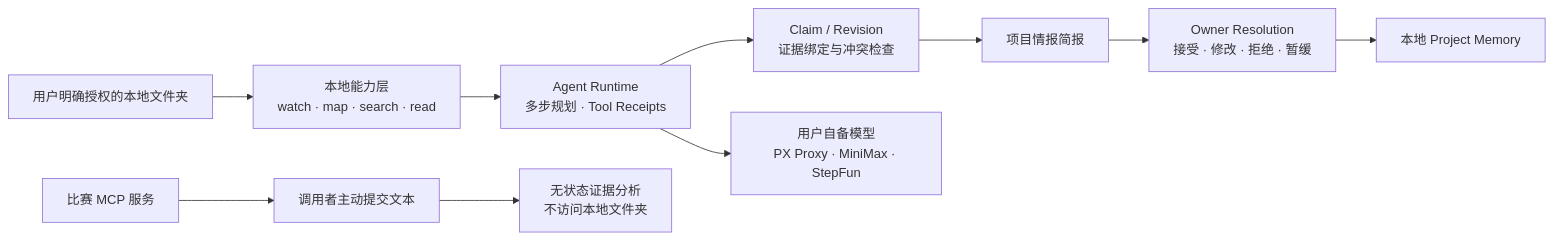
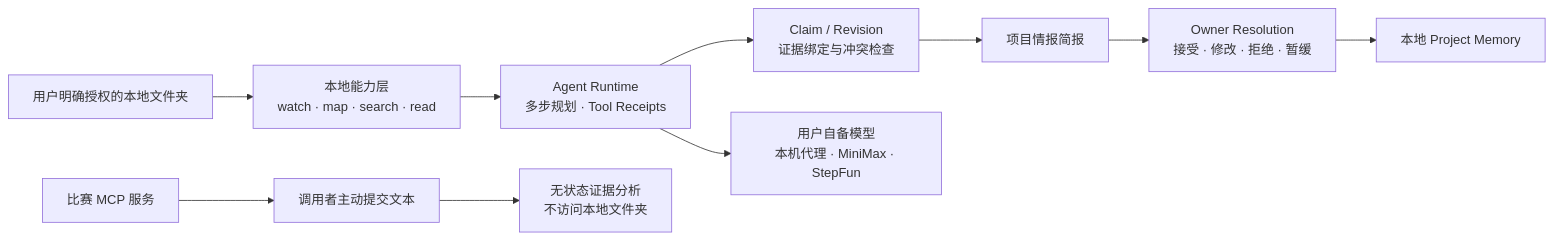
Before and after one commit to yishu-ziyu/zhiji: the diagram in README.md, drawn with Mermaid. The commit also changed other lines of this file and 15 other files, not shown here.

````diff
--- a/README.md
+++ b/README.md
@@ -89,13 +89,13 @@
 ```mermaid
 flowchart LR
     A["用户明确授权的本地文件夹"] --> B["本地能力层<br/>watch · map · search · read"]
     B --> C["Agent Runtime<br/>多步规划 · Tool Receipts"]
     C --> D["Claim / Revision<br/>证据绑定与冲突检查"]
     D --> E["项目情报简报"]
     E --> F["Owner Resolution<br/>接受 · 修改 · 拒绝 · 暂缓"]
     F --> G["本地 Project Memory"]
-    C --> H["用户自备模型<br/>PX Proxy · MiniMax · StepFun"]
+    C --> H["用户自备模型<br/>本机代理 · MiniMax · StepFun"]
 
     I["比赛 MCP 服务"] --> J["调用者主动提交文本"]
     J --> K["无状态证据分析<br/>不访问本地文件夹"]
 ```
````
